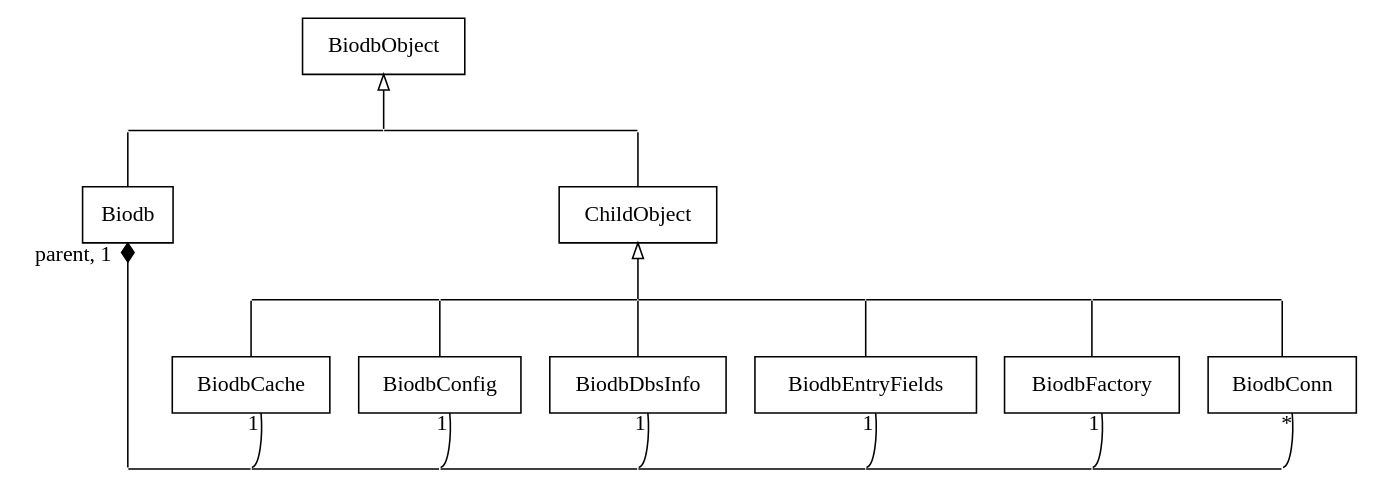
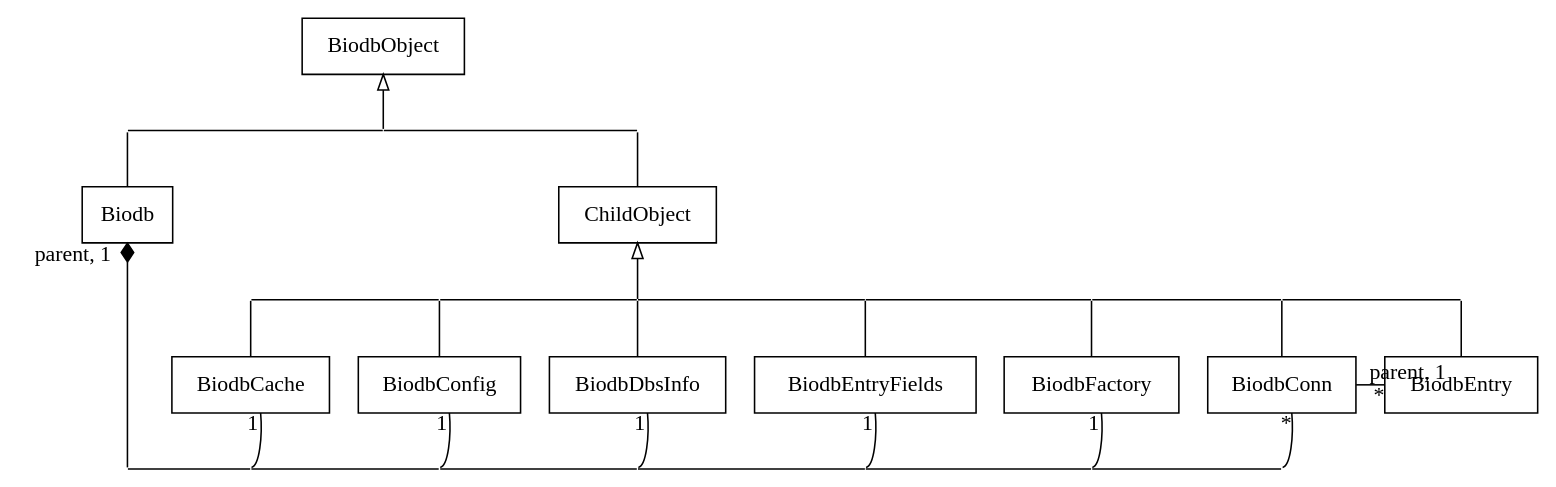
Before and after one commit to ceabiodb/biodb: the diagram in vignettes/uml-class-diag.dot, drawn with Graphviz.

Commit message:
Add BiodbEntry to class diagram.

```diff
--- a/vignettes/uml-class-diag.dot
+++ b/vignettes/uml-class-diag.dot
@@ -1,91 +1,97 @@
 digraph biodb_uml_class_diag {
 
 	edge [dir = back, arrowtail = none]
 
 	BiodbObject [shape = box, group = BiodbObject]
 
 	subgraph BiodbObjectChildrenPoints {
 		rank = same
 		BiodbChildObjectMiddlePoint [shape = point, fixedsize = true, height = 0, width = 0, group = BiodbObject]
 		ChildObjectPoint [shape = point, fixedsize = true, height = 0, width = 0, group = ChildObject]
 		BiodbPoint [shape = point, fixedsize = true, height = 0, width = 0, group = Biodb]
 	}
 
 	subgraph BiodbObjectChildren {
 		rank = same
 		ChildObject [shape = box, group = ChildObject]
 		Biodb [shape = box, group = Biodb]
 	}
 
 	BiodbObject -> BiodbChildObjectMiddlePoint [arrowtail = empty]
 	BiodbPoint -> BiodbChildObjectMiddlePoint
 	BiodbChildObjectMiddlePoint -> ChildObjectPoint
 	BiodbPoint -> Biodb
 	ChildObjectPoint -> ChildObject
 
 	subgraph ChildObjectChildrenPoints {
 		rank = same
 //		ChildObjectChildrenMiddlePoint [shape = point, fixedsize = true, height = 0, width = 0, group = BiodbObject]
 		BiodbCacheChildPoint [shape = point, fixedsize = true, height = 0, width = 0, group = BiodbCache]
 		BiodbConfigChildPoint [shape = point, fixedsize = true, height = 0, width = 0, group = BiodbConfig]
 		BiodbDbsInfoChildPoint [shape = point, fixedsize = true, height = 0, width = 0, group = ChildObject]
 		BiodbEntryFieldsChildPoint [shape = point, fixedsize = true, height = 0, width = 0, group = BiodbEntryFields]
 		BiodbFactoryChildPoint [shape = point, fixedsize = true, height = 0, width = 0, group = BiodbFactory]
 		BiodbConnChildPoint [shape = point, fixedsize = true, height = 0, width = 0, group = BiodbConn]
+		BiodbEntryChildPoint [shape = point, fixedsize = true, height = 0, width = 0, group = BiodbEntry]
 	}
 
 	subgraph ChildObjectChildren {
 		rank = same
 		BiodbCache [shape = box, group = BiodbCache]
 		BiodbConfig [shape = box, group = BiodbConfig]
 		BiodbDbsInfo [shape = box, group = ChildObject]
 		BiodbEntryFields [shape = box, group = BiodbEntryFields]
 		BiodbFactory [shape = box, group = BiodbFactory]
 		BiodbConn [shape = box, group = BiodbConn]
+		BiodbEntry [shape = box, group = BiodbEntry]
 	}
 
 	ChildObject -> BiodbDbsInfoChildPoint [arrowtail = empty]
 	BiodbCacheChildPoint -> BiodbConfigChildPoint
 	BiodbConfigChildPoint -> BiodbDbsInfoChildPoint
 	BiodbDbsInfoChildPoint -> BiodbEntryFieldsChildPoint
 	BiodbEntryFieldsChildPoint -> BiodbFactoryChildPoint
 	BiodbFactoryChildPoint -> BiodbConnChildPoint
+	BiodbConnChildPoint -> BiodbEntryChildPoint
 	BiodbCacheChildPoint -> BiodbCache
 	BiodbConfigChildPoint -> BiodbConfig
 	BiodbDbsInfoChildPoint -> BiodbDbsInfo
 	BiodbEntryFieldsChildPoint -> BiodbEntryFields
 	BiodbFactoryChildPoint -> BiodbFactory
 	BiodbConnChildPoint -> BiodbConn
+	BiodbEntryChildPoint -> BiodbEntry
 
 	// Biodb associations
 
 	subgraph BiodbAssoc {
 		rank = same
 		BiodbAssocMiddlePoint [shape = point, fixedsize = true, height = 0, width = 0, group = Biodb]
 		BiodbCacheAssocPoint [shape = point, fixedsize = true, height = 0, width = 0, group = BiodbCache]
 		BiodbConfigAssocPoint [shape = point, fixedsize = true, height = 0, width = 0, group = BiodbConfig]
 		BiodbDbsInfoAssocPoint [shape = point, fixedsize = true, height = 0, width = 0, group = ChildObject]
 		BiodbEntryFieldsAssocPoint [shape = point, fixedsize = true, height = 0, width = 0, group = BiodbEntryFields]
 		BiodbFactoryAssocPoint [shape = point, fixedsize = true, height = 0, width = 0, group = BiodbFactory]
 		BiodbConnAssocPoint [shape = point, fixedsize = true, height = 0, width = 0, group = BiodbConn]
 	}
 
 	 {edge[style=invis]
 		     {BiodbCache BiodbConfig BiodbDbsInfo BiodbEntryFields BiodbFactory BiodbConn} -> {BiodbConfigAssocPoint BiodbCacheAssocPoint BiodbDbsInfoAssocPoint BiodbEntryFieldsAssocPoint BiodbFactoryAssocPoint BiodbConnAssocPoint}
 		       }
 
 	Biodb -> BiodbAssocMiddlePoint [arrowtail = diamond, taillabel = "parent, 1 "]
 	BiodbCache -> BiodbCacheAssocPoint [taillabel = "1"]
 	BiodbConfig -> BiodbConfigAssocPoint [taillabel = "1"]
 	BiodbDbsInfo -> BiodbDbsInfoAssocPoint [taillabel = "1"]
 	BiodbEntryFields -> BiodbEntryFieldsAssocPoint [taillabel = "1"]
 	BiodbFactory -> BiodbFactoryAssocPoint [taillabel = "1"]
 	BiodbConn -> BiodbConnAssocPoint [taillabel = "*"]
 
 	BiodbAssocMiddlePoint -> BiodbCacheAssocPoint
 	BiodbCacheAssocPoint -> BiodbConfigAssocPoint
 	BiodbConfigAssocPoint -> BiodbDbsInfoAssocPoint
 	BiodbDbsInfoAssocPoint -> BiodbEntryFieldsAssocPoint
 	BiodbEntryFieldsAssocPoint -> BiodbFactoryAssocPoint
 	BiodbFactoryAssocPoint -> BiodbConnAssocPoint
+
+	BiodbConn -> BiodbEntry [taillabel = "parent, 1", headlabel = "*"]
 }
```
